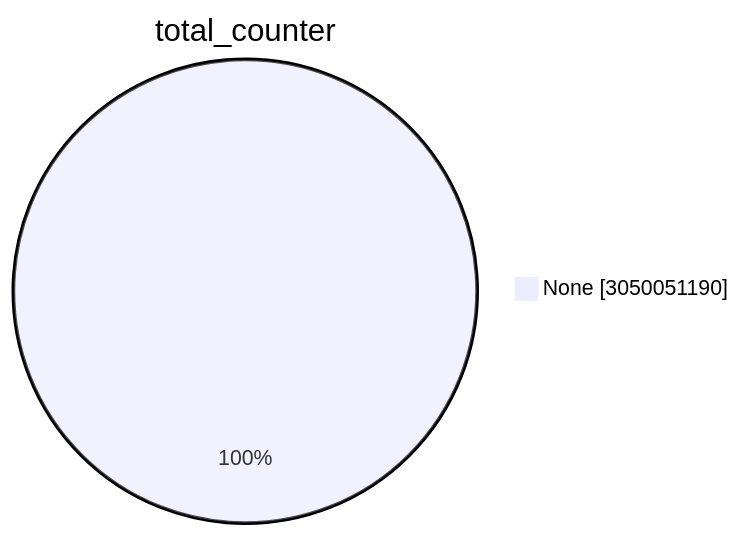
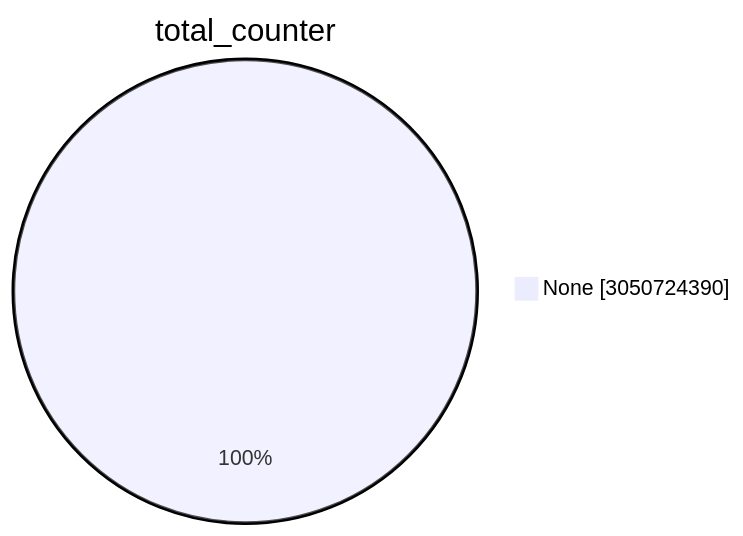
One commit to christiankrug/ctmonitor_visualization changed the first of 15 diagrams in TOTAL/README.md. Above: the diagram before and after it, drawn with Mermaid. The commit also changed other lines of this file, not shown here.

````diff
--- a/TOTAL/README.md
+++ b/TOTAL/README.md
@@ -1,5 +1,5 @@
 ```mermaid
 pie showData
 title total_counter
-"None" :3050051190
+"None" :3050724390
 ```
````
